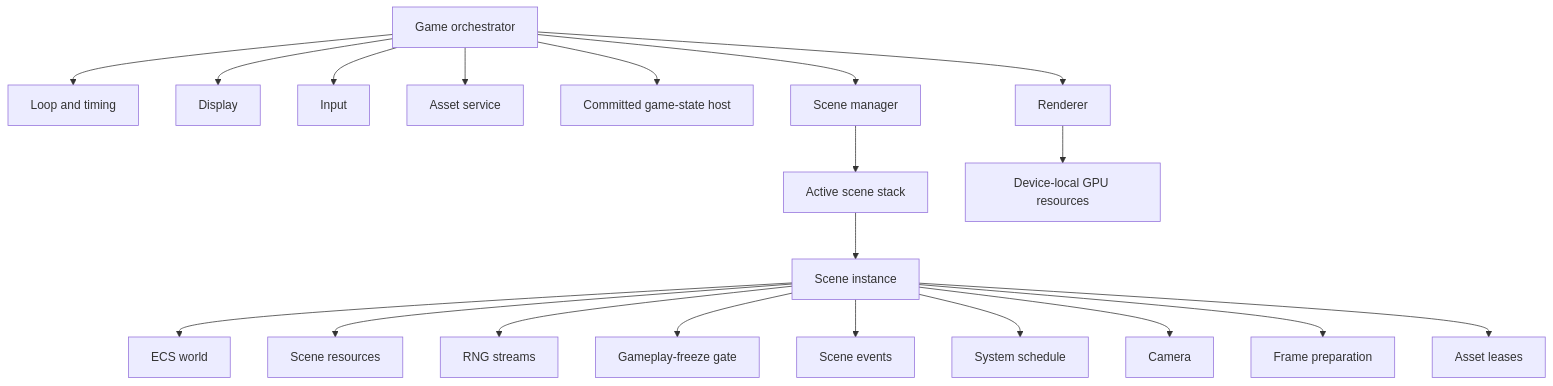
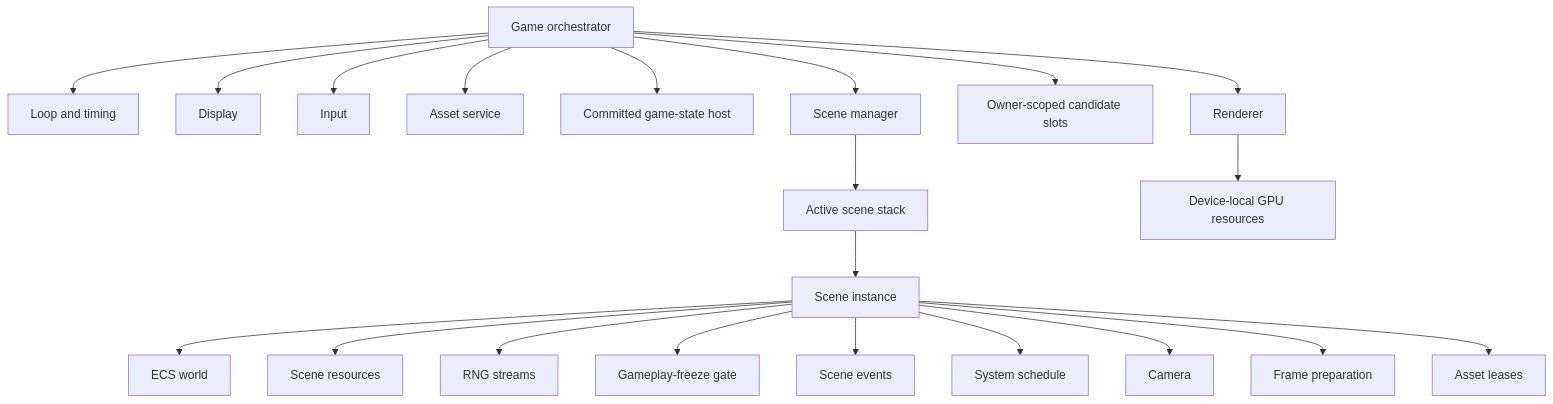
One commit to that-webdev-dude/ngne changed the first of 6 diagrams in docs/architecture.md. Above: the diagram before and after it, drawn with Mermaid. The commit also changed other lines of this file and 15 other files, not shown here.

Commit message:
[NGNE-7] Add owner-scoped scene candidates

````diff
--- a/docs/architecture.md
+++ b/docs/architecture.md
@@ -57,25 +58,26 @@
 ```mermaid
 flowchart TD
     Game["Game orchestrator"]
     Game --> Loop["Loop and timing"]
     Game --> Display["Display"]
     Game --> Input["Input"]
     Game --> Assets["Asset service"]
     Game --> State["Committed game-state host"]
     Game --> Scenes["Scene manager"]
+    Game --> Candidates["Owner-scoped candidate slots"]
     Game --> Renderer["Renderer"]
 
     Scenes --> Stack["Active scene stack"]
     Stack --> Scene["Scene instance"]
     Scene --> World["ECS world"]
     Scene --> Resources["Scene resources"]
     Scene --> Random["RNG streams"]
     Scene --> Freeze["Gameplay-freeze gate"]
     Scene --> Events["Scene events"]
     Scene --> Systems["System schedule"]
     Scene --> Camera["Camera"]
     Scene --> Prep["Frame preparation"]
     Scene --> Leases["Asset leases"]
 
     Renderer --> GPU["Device-local GPU resources"]
 ```
````
